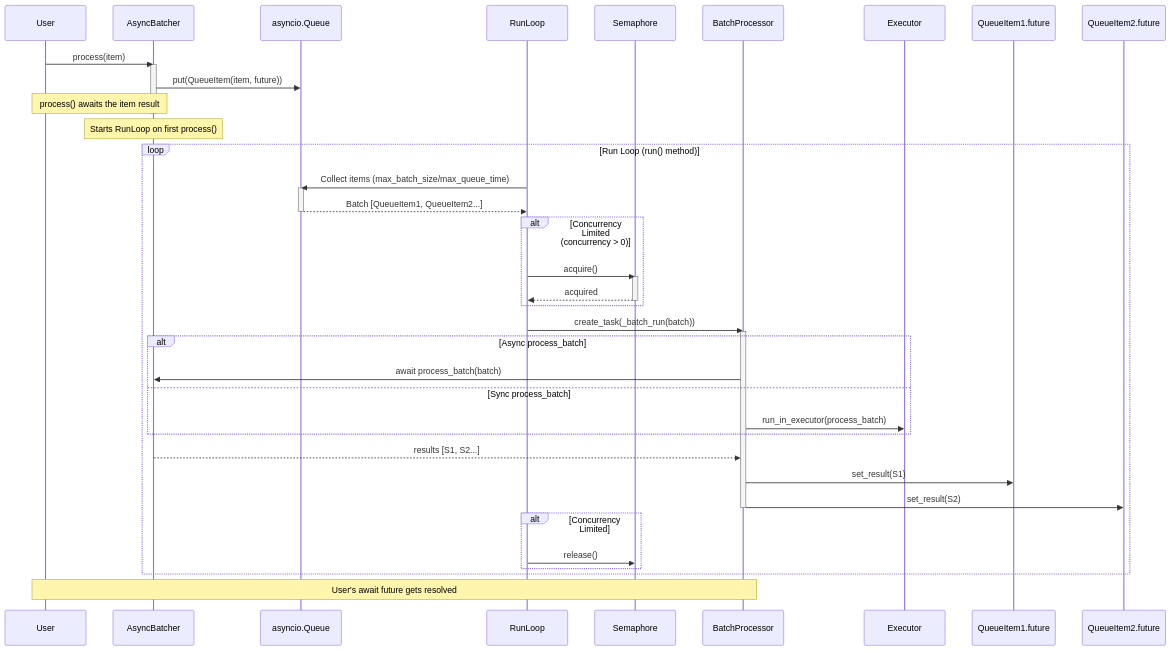
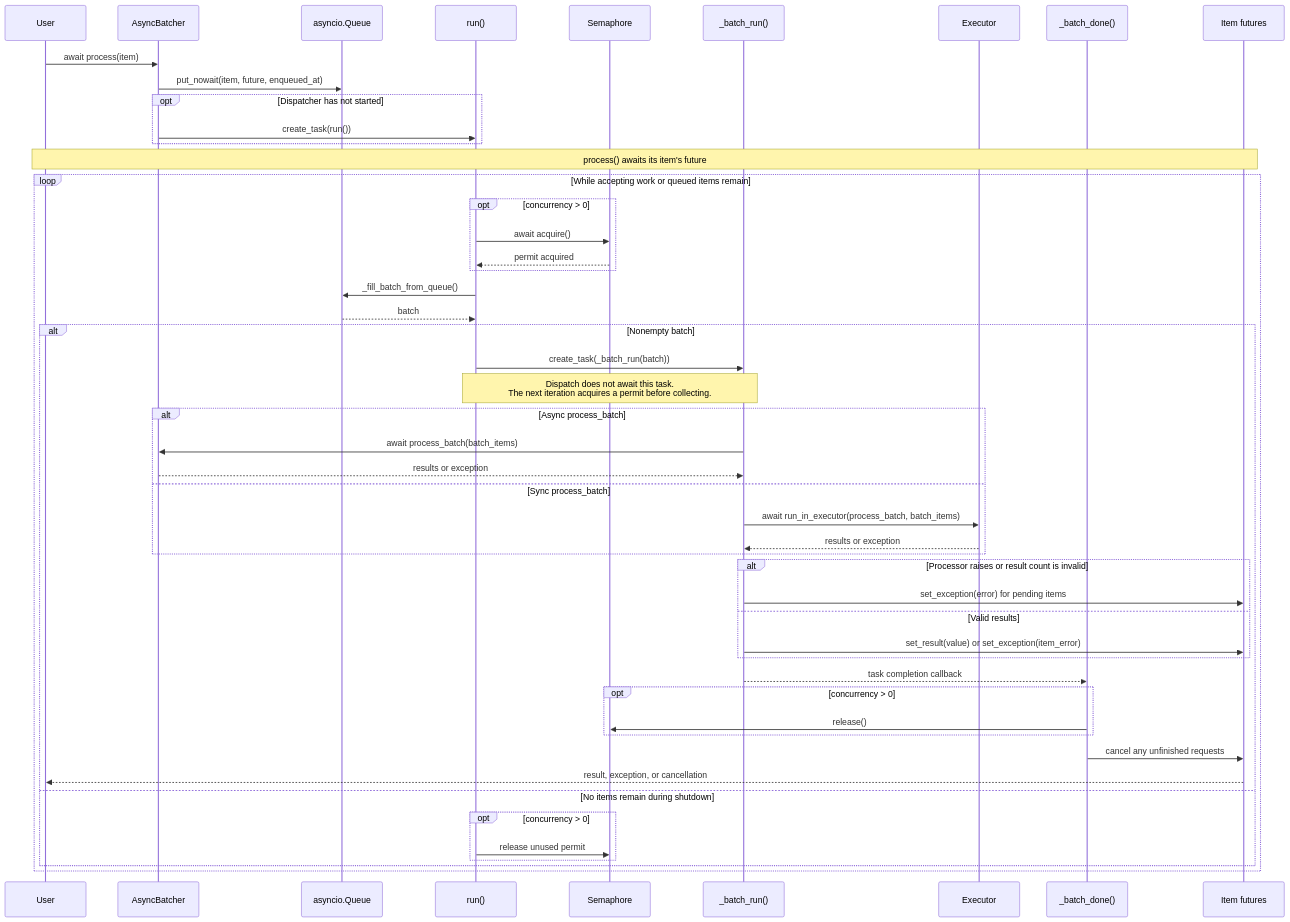
The diagram in README.md (hussein-awala/async-batcher), drawn with Mermaid before and after one commit. The commit also changed other lines of this file, not shown here.

Commit message:
docs: fix mermaid diagram and improve README accuracy (#53)
Mermaid diagram fixes:
- Semaphore is now released by BatchTask (not RunLoop), matching the
  actual code where _concurrent_batch_run releases after _batch_run
- Added Executor as an explicit participant
- Results flow from process_batch back to BatchTask (not from
  AsyncBatcher to BatchProcessor)
- Added error handling path showing set_exception on futures
- RunLoop continues immediately after create_task (not waiting)
- Renamed participants to match actual method names

Text improvements:
- Key Features: added generic typing, sync/async process_batch support,
  queue capacity limits
- Section 2: added max_queue_size and QueueFullException
- Section 3: added executor configurability and error propagation
- Section 5: added timeout parameter
- Final Notes: clarified exception scoping per batch

````diff
--- a/README.md
+++ b/README.md
@@ -49,51 +54,58 @@
 ```mermaid
 sequenceDiagram
     participant User
     participant AsyncBatcher
     participant Queue as asyncio.Queue
-    participant RunLoop
+    participant RunLoop as run()
     participant Semaphore
-    participant BatchProcessor
+    participant BatchTask as _batch_run()
+    participant Executor
+    participant Completion as _batch_done()
+    participant Futures as Item futures
 
-    User->>AsyncBatcher: process(item)
-    activate AsyncBatcher
-    AsyncBatcher->>Queue: put(QueueItem(item, future))
-    Note over User,AsyncBatcher: process() awaits the item result
-    deactivate AsyncBatcher
+    User->>AsyncBatcher: await process(item)
+    AsyncBatcher->>Queue: put_nowait(item, future, enqueued_at)
+    opt Dispatcher has not started
+        AsyncBatcher->>RunLoop: create_task(run())
+    end
+    Note over User,Futures: process() awaits its item's future
 
-    Note over AsyncBatcher: Starts RunLoop on first process()
+    loop While accepting work or queued items remain
+        opt concurrency > 0
+            RunLoop->>Semaphore: await acquire()
+            Semaphore-->>RunLoop: permit acquired
+        end
+        RunLoop->>Queue: _fill_batch_from_queue()
+        Queue-->>RunLoop: batch
 
-    loop Run Loop (run() method)
-        RunLoop->>Queue: Collect items (max_batch_size/max_queue_time)
-        activate Queue
-        Queue-->>RunLoop: Batch [QueueItem1, QueueItem2...]
-        deactivate Queue
+        alt Nonempty batch
+            RunLoop->>BatchTask: create_task(_batch_run(batch))
+            Note over RunLoop,BatchTask: Dispatch does not await this task.<br/>The next iteration acquires a permit before collecting.
 
-        alt Concurrency Limited (concurrency > 0)
-            RunLoop->>Semaphore: acquire()
-            activate Semaphore
-            Semaphore-->>RunLoop: acquired
-            deactivate Semaphore
-        end
+            alt Async process_batch
+                BatchTask->>AsyncBatcher: await process_batch(batch_items)
+                AsyncBatcher-->>BatchTask: results or exception
+            else Sync process_batch
+                BatchTask->>Executor: await run_in_executor(process_batch, batch_items)
+                Executor-->>BatchTask: results or exception
+            end
 
-        RunLoop->>BatchProcessor: create_task(_batch_run(batch))
-        activate BatchProcessor
+            alt Processor raises or result count is invalid
+                BatchTask->>Futures: set_exception(error) for pending items
+            else Valid results
+                BatchTask->>Futures: set_result(value) or set_exception(item_error)
+            end
 
-        alt Async process_batch
-            BatchProcessor->>AsyncBatcher: await process_batch(batch)
-        else Sync process_batch
-            BatchProcessor->>Executor: run_in_executor(process_batch)
-        end
-
-        AsyncBatcher-->>BatchProcessor: results [S1, S2...]
-        BatchProcessor->>QueueItem1.future: set_result(S1)
-        BatchProcessor->>QueueItem2.future: set_result(S2)
-        deactivate BatchProcessor
-
-        alt Concurrency Limited
-            RunLoop->>Semaphore: release()
+            BatchTask-->>Completion: task completion callback
+            opt concurrency > 0
+                Completion->>Semaphore: release()
+            end
+            Completion->>Futures: cancel any unfinished requests
+            Futures-->>User: result, exception, or cancellation
+        else No items remain during shutdown
+            opt concurrency > 0
+                RunLoop->>Semaphore: release unused permit
+            end
         end
     end
-
-    Note over User, BatchProcessor: User's await future gets resolved
 ```
````
